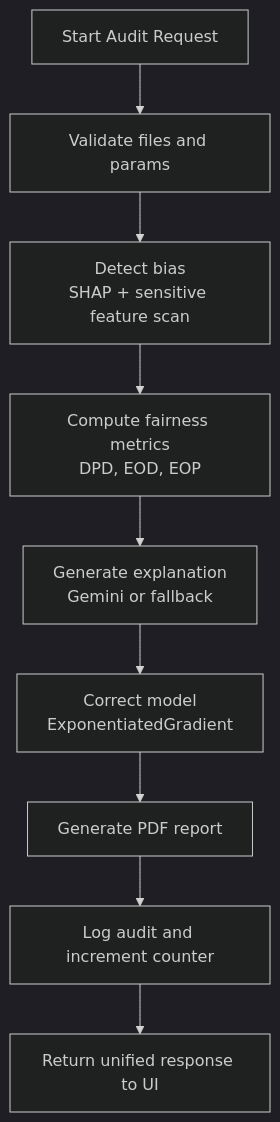
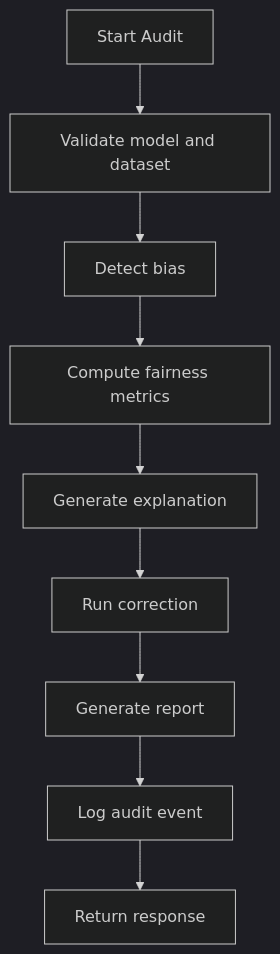
One commit to Yashaswini-V21/FairLens_India changed the second of 2 diagrams in README.md. Above: the diagram before and after it, drawn with Mermaid (dark theme). The commit also changed other lines of this file, not shown here.

````diff
--- a/README.md
+++ b/README.md
@@ -93,11 +162,11 @@
 ```mermaid
 flowchart TD
-  S[Start Audit Request] --> V[Validate files and params]
-  V --> D[Detect bias\nSHAP + sensitive feature scan]
-  D --> M[Compute fairness metrics\nDPD, EOD, EOP]
-  M --> E[Generate explanation\nGemini or fallback]
-  E --> C[Correct model\nExponentiatedGradient]
-  C --> R[Generate PDF report]
-  R --> L[Log audit and increment counter]
-  L --> F[Return unified response to UI]
+  S[Start Audit] --> V[Validate model and dataset]
+  V --> D[Detect bias]
+  D --> M[Compute fairness metrics]
+  M --> E[Generate explanation]
+  E --> C[Run correction]
+  C --> R[Generate report]
+  R --> L[Log audit event]
+  L --> O[Return response]
 ```
````
